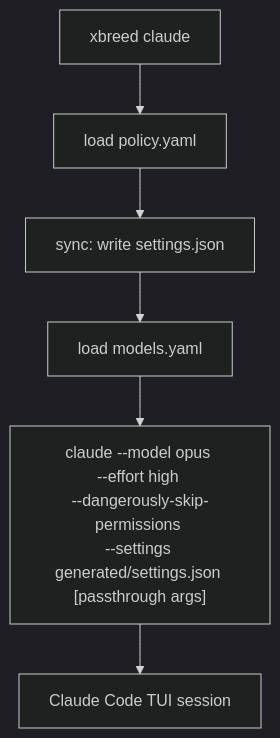
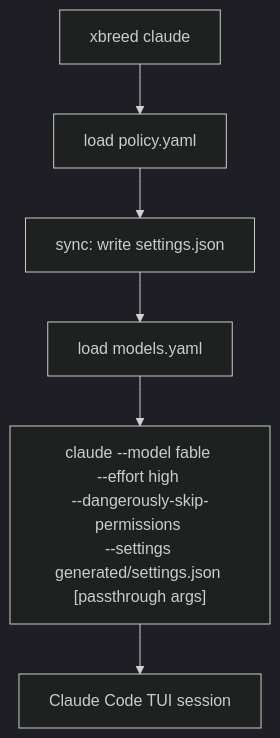
The third of 11 diagrams in docs/command-flows.md (VeigaPunk/xbrd-gdsp-fknpft), drawn with Mermaid (dark theme) before and after one commit. The commit also changed other lines of this file and 13 other files, not shown here.

First line of the commit message:
chore(models): opus 4.7 -> fable 5 rename across runtime, docs, and templates

````diff
--- a/docs/command-flows.md
+++ b/docs/command-flows.md
@@ -55,8 +55,8 @@
 ```mermaid
 flowchart TD
     A[xbreed claude] --> B[load policy.yaml]
     B --> C[sync: write settings.json]
     C --> D[load models.yaml]
-    D --> E["claude --model opus \n--effort high \n--dangerously-skip-permissions \n--settings generated/settings.json \n[passthrough args]"]
+    D --> E["claude --model fable \n--effort high \n--dangerously-skip-permissions \n--settings generated/settings.json \n[passthrough args]"]
     E --> F[Claude Code TUI session]
 ```
````
